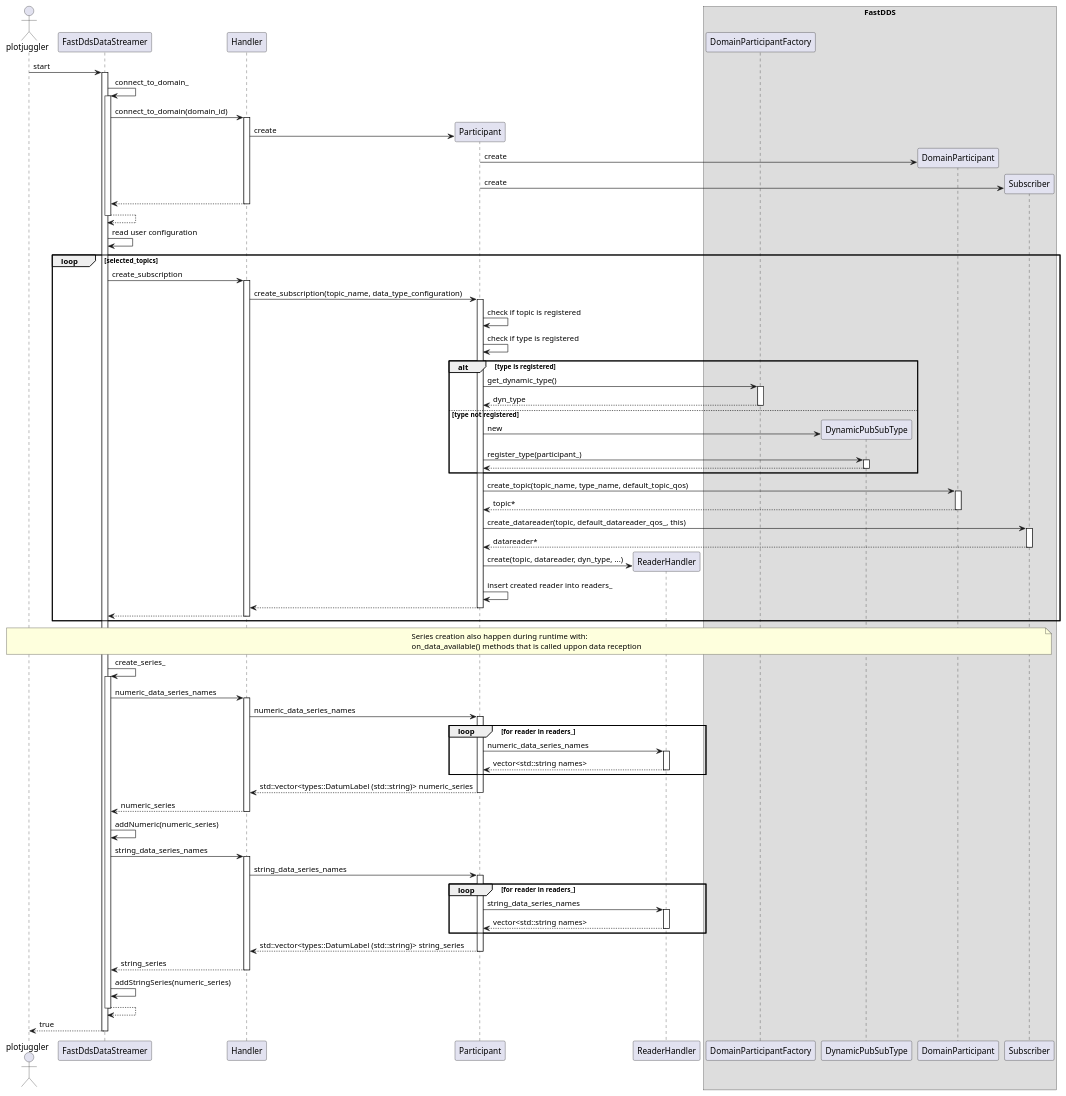
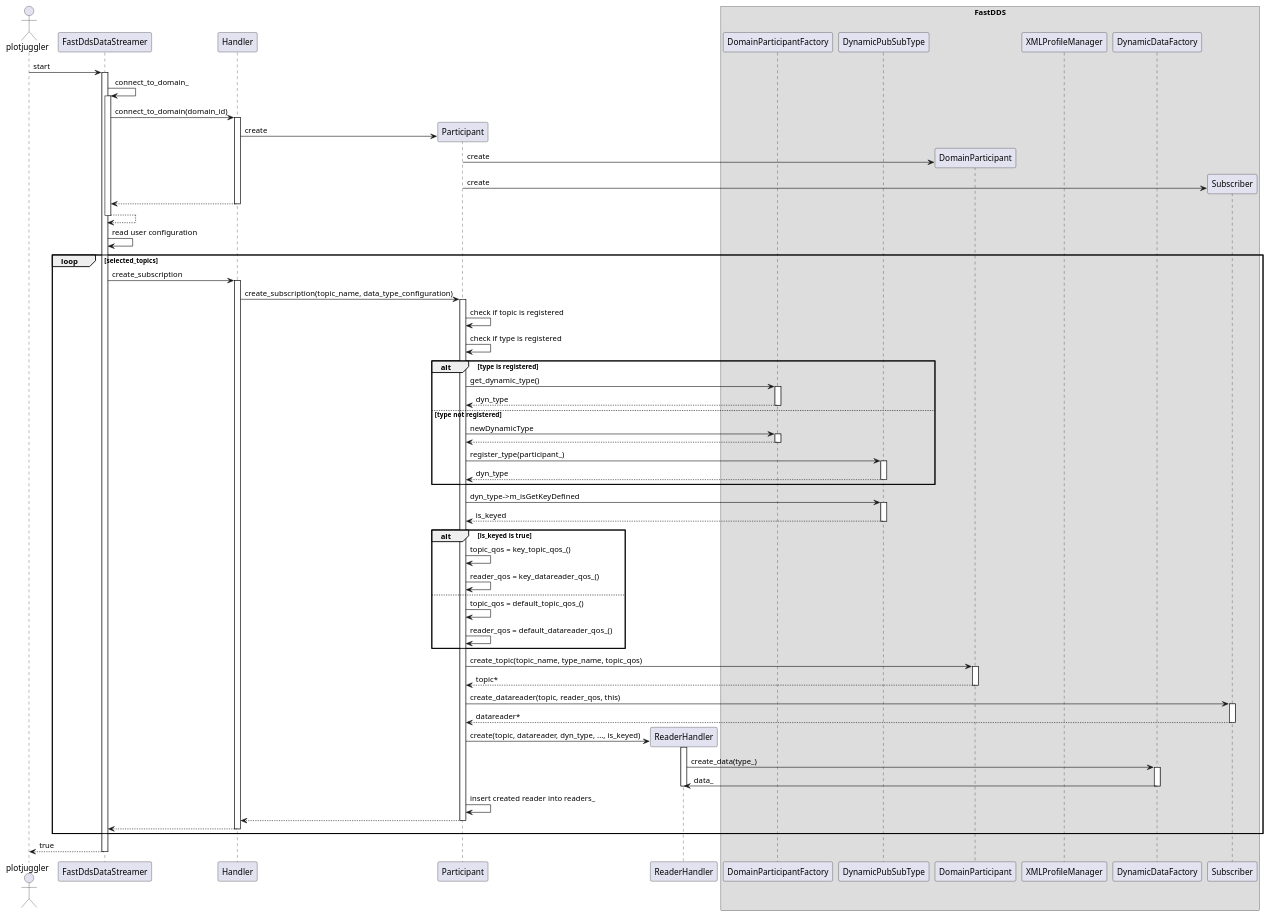
The diagram in .dev/sequences/onStart.plantuml (eProsima/fastdds-visualizer-plugin), drawn with PlantUML before and after one commit.

Commit message:
Update startup .dev with Keyed topics
Updated dev documentation on how I plan to add key topics handling at
startup so that It si more clear for everyone

```diff
--- a/.dev/sequences/onStart.plantuml
+++ b/.dev/sequences/onStart.plantuml
@@ -1,139 +1,120 @@
 @startuml
 
 ' ---------------------------------------------------------
 actor plotjuggler
 participant FastDdsDataStreamer
 participant Handler
 participant Participant
 participant ReaderHandler
 
 box "FastDDS"
 participant DomainParticipantFactory
 participant DynamicPubSubType
 participant DomainParticipant
+participant XMLProfileManager
+participant DynamicDataFactory
 participant Subscriber
 end box
 
 ' ---------------------------------------------------------
 
 plotjuggler -> FastDdsDataStreamer: start
 activate FastDdsDataStreamer
 
 FastDdsDataStreamer -> FastDdsDataStreamer: connect_to_domain_
 activate FastDdsDataStreamer
 
     FastDdsDataStreamer -> Handler: connect_to_domain(domain_id)
     activate Handler
 
     Handler -> Participant**: create
     Participant -> DomainParticipant**: create
     Participant -> Subscriber**: create
 
     Handler --> FastDdsDataStreamer
     deactivate Handler
 
 FastDdsDataStreamer --> FastDdsDataStreamer
 deactivate FastDdsDataStreamer
 
 FastDdsDataStreamer -> FastDdsDataStreamer: read user configuration
 
 loop selected_topics
     FastDdsDataStreamer -> Handler: create_subscription
     activate Handler
 
         Handler -> Participant: create_subscription(topic_name, data_type_configuration)
         activate Participant
 
         Participant -> Participant: check if topic is registered
         Participant -> Participant: check if type is registered
 
         alt type is registered
             Participant -> DomainParticipantFactory: get_dynamic_type()
             activate DomainParticipantFactory
 
             DomainParticipantFactory --> Participant: dyn_type
             deactivate DomainParticipantFactory
         else type not registered
-            Participant -> DynamicPubSubType** : new
+            Participant -> DomainParticipantFactory : newDynamicType
+            activate DomainParticipantFactory
+
+            DomainParticipantFactory --> Participant
+            deactivate DomainParticipantFactory
+
             Participant -> DynamicPubSubType: register_type(participant_)
             activate DynamicPubSubType
-            DynamicPubSubType --> Participant
+            DynamicPubSubType --> Participant: dyn_type
             deactivate DynamicPubSubType
         end
 
-        Participant -> DomainParticipant: create_topic(topic_name, type_name, default_topic_qos)
+        Participant -> DynamicPubSubType: dyn_type->m_isGetKeyDefined
+        activate DynamicPubSubType
+
+        DynamicPubSubType --> Participant: is_keyed
+        deactivate DynamicPubSubType
+        
+        alt is_keyed is true
+            Participant -> Participant: topic_qos = key_topic_qos_()
+            Participant -> Participant: reader_qos = key_datareader_qos_()
+        else
+            Participant -> Participant: topic_qos = default_topic_qos_()
+            Participant -> Participant: reader_qos = default_datareader_qos_()
+        end
+
+        Participant -> DomainParticipant: create_topic(topic_name, type_name, topic_qos)
         activate DomainParticipant
 
         DomainParticipant --> Participant: topic*
         deactivate DomainParticipant
 
-        Participant -> Subscriber: create_datareader(topic, default_datareader_qos_, this)
+        Participant -> Subscriber: create_datareader(topic, reader_qos, this)
         activate Subscriber
 
         Subscriber --> Participant: datareader*
         deactivate Subscriber
 
-        Participant -> ReaderHandler**: create(topic, datareader, dyn_type, ...)
+        Participant -> ReaderHandler**: create(topic, datareader, dyn_type, ..., is_keyed)
+        activate ReaderHandler
+
+            ReaderHandler -> DynamicDataFactory: create_data(type_)
+            activate DynamicDataFactory
+
+            DynamicDataFactory -> ReaderHandler: data_
+            deactivate DynamicDataFactory
+
+        deactivate ReaderHandler
+
         Participant -> Participant: insert created reader into readers_
 
         Participant --> Handler
         deactivate Participant
 
     Handler --> FastDdsDataStreamer
     deactivate Handler
 end
-note across: Series creation also happen during runtime with:\non_data_available() methods that is called uppon data reception
-
-FastDdsDataStreamer -> FastDdsDataStreamer: create_series_
-activate FastDdsDataStreamer
-
-    FastDdsDataStreamer -> Handler: numeric_data_series_names
-    activate Handler
-
-        Handler -> Participant: numeric_data_series_names
-        activate Participant
-
-        loop for reader in readers_
-            Participant -> ReaderHandler: numeric_data_series_names
-            activate ReaderHandler
-
-            ReaderHandler --> Participant: vector<std::string names>
-            deactivate ReaderHandler
-        end
-
-        Participant --> Handler: std::vector<types::DatumLabel (std::string)> numeric_series
-        deactivate Participant
-
-    Handler --> FastDdsDataStreamer: numeric_series
-    deactivate Handler
-
-    FastDdsDataStreamer -> FastDdsDataStreamer: addNumeric(numeric_series)
-
-    FastDdsDataStreamer -> Handler: string_data_series_names
-    activate Handler
-
-        Handler -> Participant: string_data_series_names
-        activate Participant
-
-        loop for reader in readers_
-            Participant -> ReaderHandler: string_data_series_names
-            activate ReaderHandler
-
-            ReaderHandler --> Participant: vector<std::string names>
-            deactivate ReaderHandler
-        end
-
-        Participant --> Handler: std::vector<types::DatumLabel (std::string)> string_series
-        deactivate Participant
-
-    Handler --> FastDdsDataStreamer: string_series
-    deactivate Handler
-
-    FastDdsDataStreamer -> FastDdsDataStreamer: addStringSeries(numeric_series)
-FastDdsDataStreamer --> FastDdsDataStreamer
-deactivate FastDdsDataStreamer
 
 FastDdsDataStreamer --> plotjuggler: true
 deactivate FastDdsDataStreamer
 
 @enduml
```
